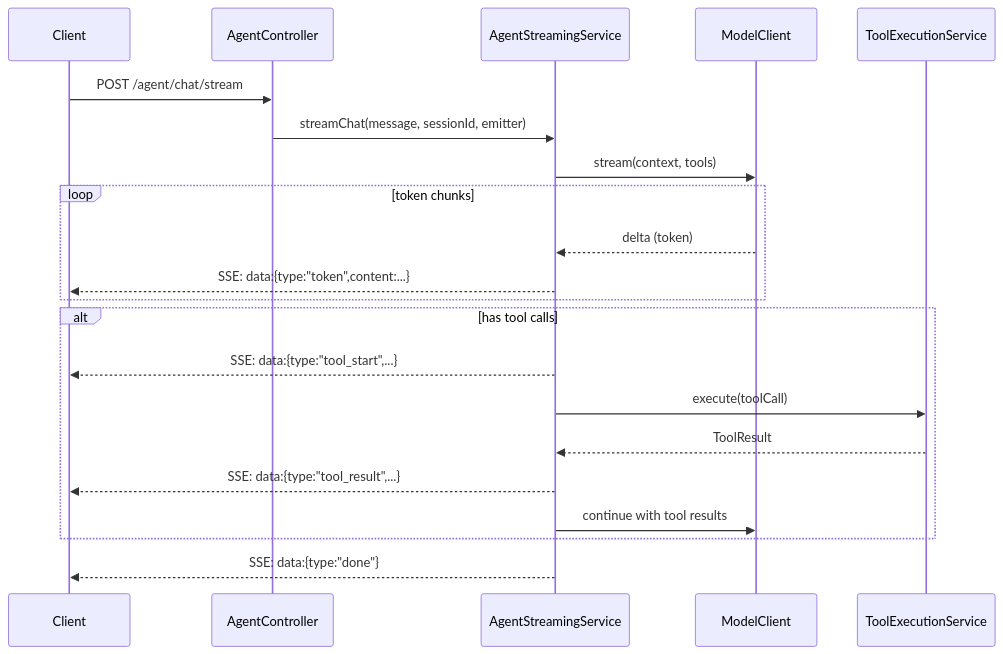
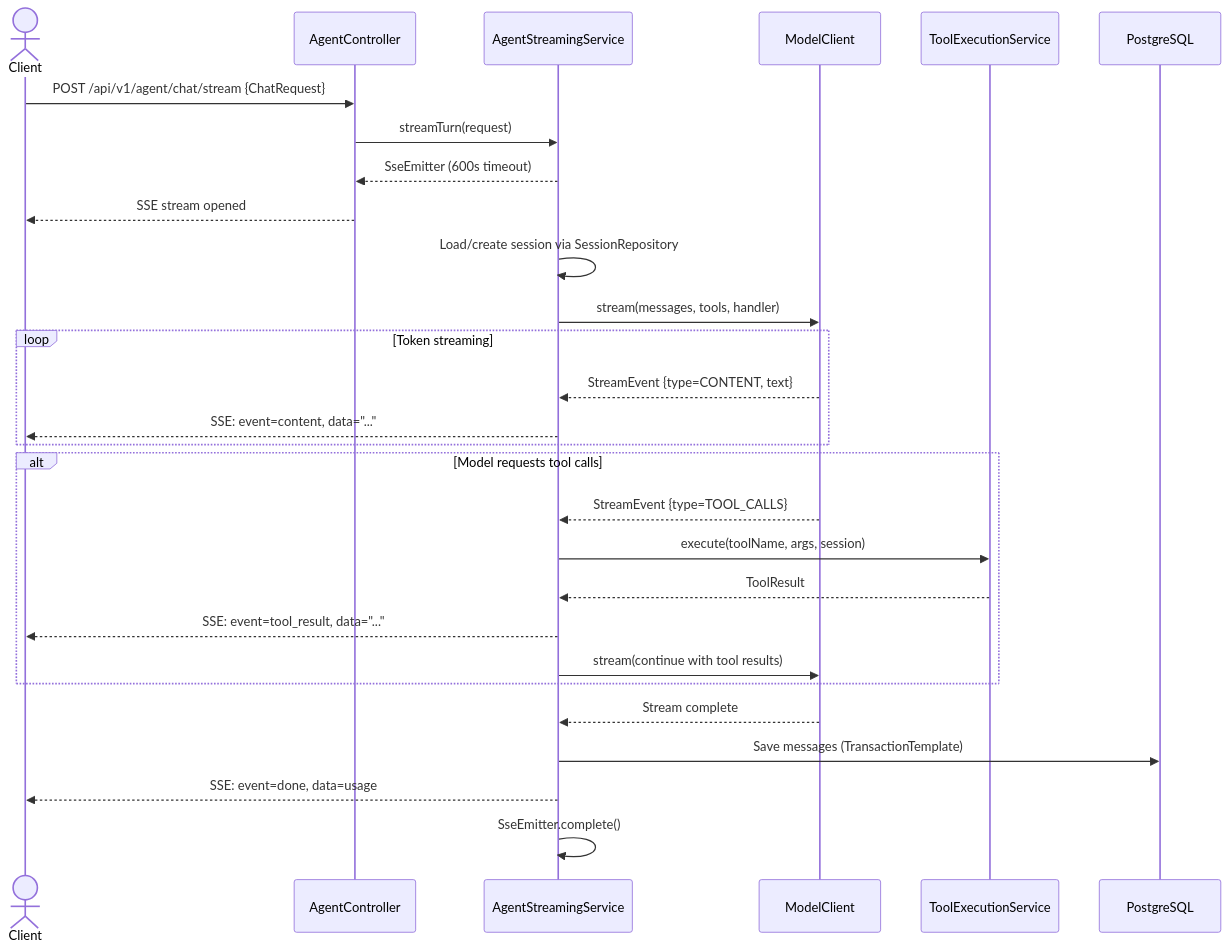
One commit to FerrPOINT/java-agent changed the second of 9 diagrams in docs/architecture/sequence-diagrams.md. Above: the diagram before and after it, drawn with Mermaid. The commit also changed other lines of this file and 13 other files, not shown here.

First line of the commit message:
feat: architecture documentation + Docker prod compose + enhanced E2E smoke

````diff
--- a/docs/architecture/sequence-diagrams.md
+++ b/docs/architecture/sequence-diagrams.md
@@ -38,24 +67,35 @@
 ```mermaid
 sequenceDiagram
-    participant Client
-    participant Controller as AgentController
-    participant Stream as AgentStreamingService
-    participant Model as ModelClient
-    participant Tools as ToolExecutionService
+    actor Client
+    participant AC as AgentController
+    participant ASS as AgentStreamingService
+    participant MC as ModelClient
+    participant TE as ToolExecutionService
+    participant DB as PostgreSQL
 
-    Client->>Controller: POST /agent/chat/stream
-    Controller->>Stream: streamChat(message, sessionId, emitter)
-    Stream->>Model: stream(context, tools)
-    loop token chunks
-        Model-->>Stream: delta (token)
-        Stream-->>Client: SSE: data:{type:"token",content:...}
+    Client->>AC: POST /api/v1/agent/chat/stream {ChatRequest}
+    AC->>ASS: streamTurn(request)
+    ASS-->>AC: SseEmitter (600s timeout)
+    AC-->>Client: SSE stream opened
+
+    ASS->>ASS: Load/create session via SessionRepository
+    ASS->>MC: stream(messages, tools, handler)
+
+    loop Token streaming
+        MC-->>ASS: StreamEvent {type=CONTENT, text}
+        ASS-->>Client: SSE: event=content, data="..."
     end
-    alt has tool calls
-        Stream-->>Client: SSE: data:{type:"tool_start",...}
-        Stream->>Tools: execute(toolCall)
-        Tools-->>Stream: ToolResult
-        Stream-->>Client: SSE: data:{type:"tool_result",...}
-        Stream->>Model: continue with tool results
+
+    alt Model requests tool calls
+        MC-->>ASS: StreamEvent {type=TOOL_CALLS}
+        ASS->>TE: execute(toolName, args, session)
+        TE-->>ASS: ToolResult
+        ASS-->>Client: SSE: event=tool_result, data="..."
+        ASS->>MC: stream(continue with tool results)
     end
-    Stream-->>Client: SSE: data:{type:"done"}
+
+    MC-->>ASS: Stream complete
+    ASS->>DB: Save messages (TransactionTemplate)
+    ASS-->>Client: SSE: event=done, data=usage
+    ASS->>ASS: SseEmitter.complete()
 ```
````
